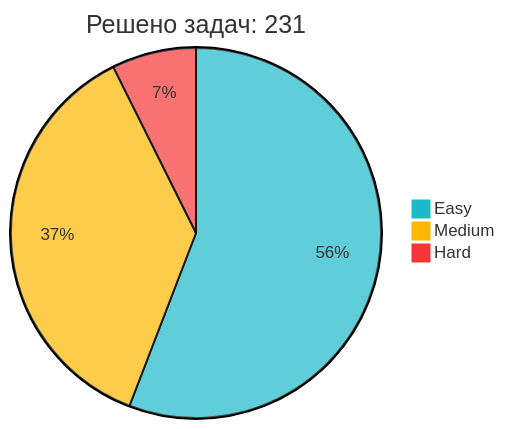
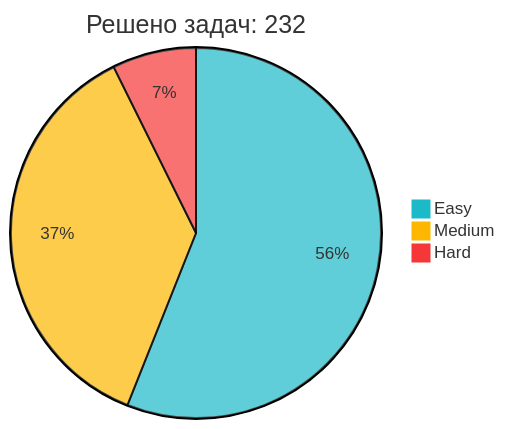
The diagram in README.md (IliaKurdukov/IliaKurdukov), drawn with Mermaid before and after one commit. The commit also changed other lines of this file, not shown here.

Commit message:
📈 Обновление статистики LeetCode

````diff
--- a/README.md
+++ b/README.md
@@ -51,7 +51,7 @@
 ```mermaid
 %%{init: {'theme': 'base', 'themeVariables': { 'pie1': '#1CBAC8', 'pie2': '#FEB700', 'pie3': '#F63737' }, 'config': {'width': 300, 'height': 200}}}%%
-pie title Решено задач: 231
-   "Easy" : 129
+pie title Решено задач: 232
+   "Easy" : 130
    "Medium" : 85
    "Hard" : 17
 ```
````
